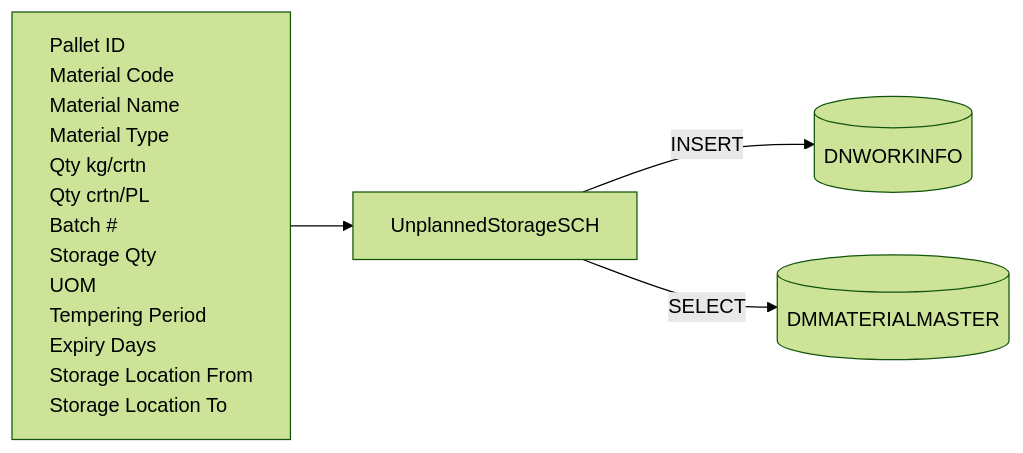
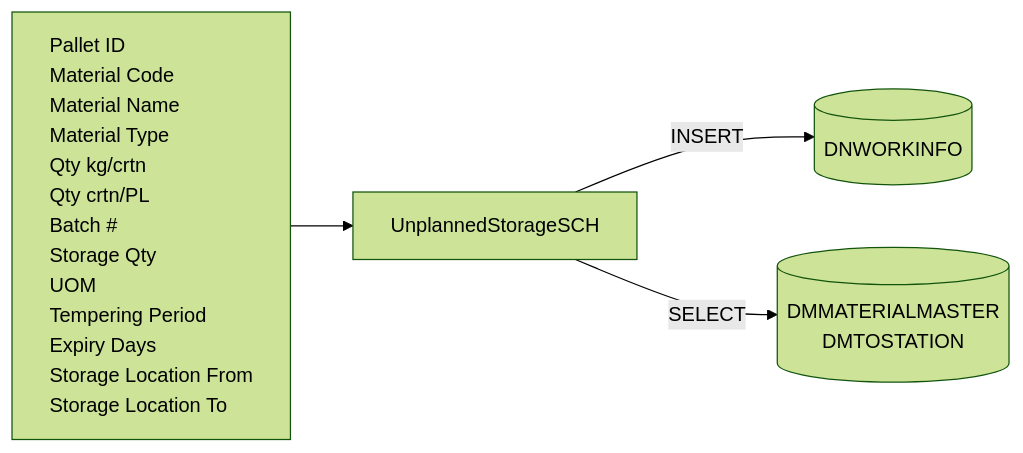
One commit to luthfiadityaa/SimeDarby-Wiki changed the first of 20 diagrams in Basic-Design/DFD-WMS/Storage/Unplanned-Storage/Unplanned-Storage-from-OP-Area.md. Above: the diagram before and after it, drawn with Mermaid (forest theme).

Commit message:
Updated Unplanned Storage from OP Area

```diff
--- a/Basic-Design/DFD-WMS/Storage/Unplanned-Storage/Unplanned-Storage-from-OP-Area.md
+++ b/Basic-Design/DFD-WMS/Storage/Unplanned-Storage/Unplanned-Storage-from-OP-Area.md
@@ -43,35 +43,36 @@
 ::: mermaid
 flowchart LR
     input[
         Pallet ID
         Material Code
         Material Name
         Material Type
         Qty kg/crtn
         Qty crtn/PL
         Batch #
         Storage Qty
         UOM
         Tempering Period
         Expiry Days
         Storage Location From
         Storage Location To 
     ]
 
     tableList-insert[("
         DNWORKINFO
     ")]
 
     tableList-select[("
         DMMATERIALMASTER
+DMTOSTATION
     ")]
 
 
     className[UnplannedStorageSCH]
 
     input --> className --> |INSERT| tableList-insert
     className --> |SELECT| tableList-select
 
     classDef leftAlign text-align:left;
     class input leftAlign;
 :::
```
